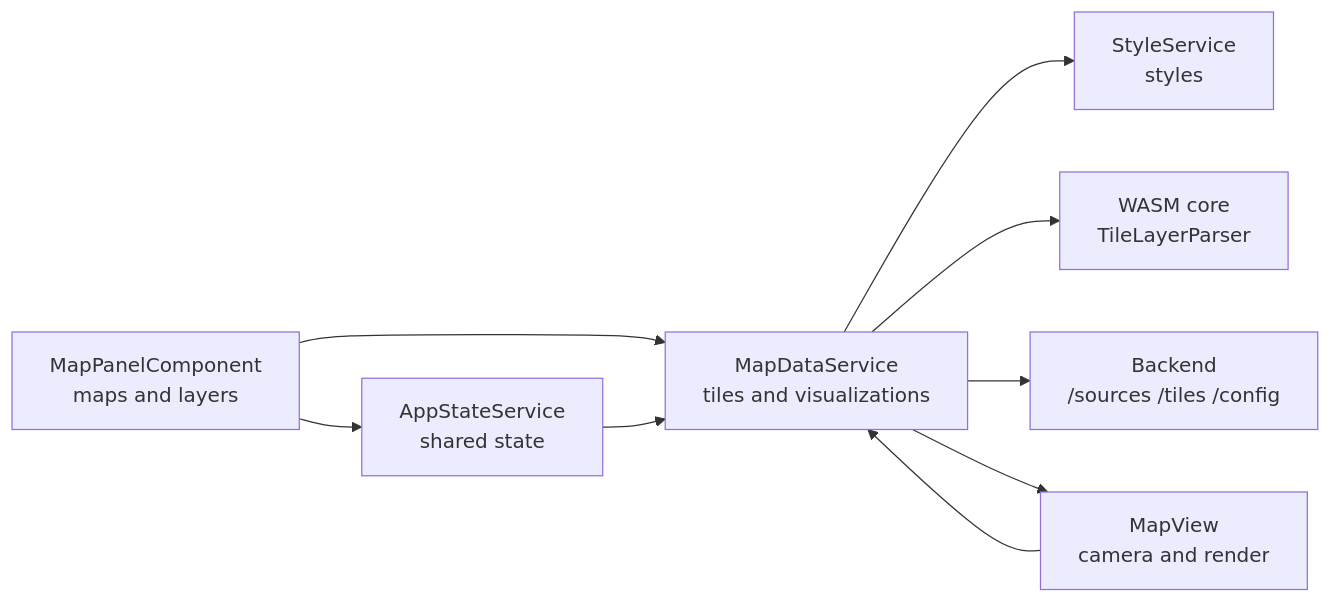
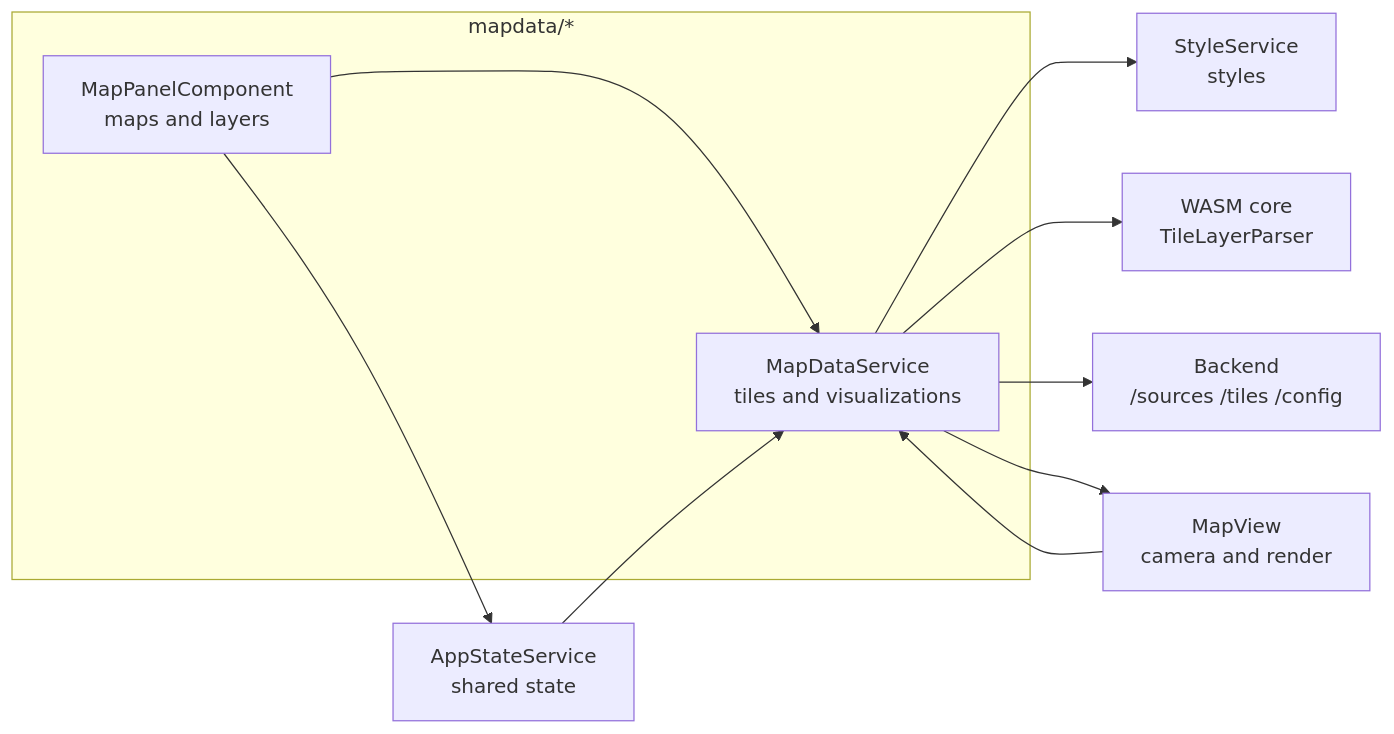
The second of 10 diagrams in docs/erdblick-dev-guide.md (ndsev/erdblick), drawn with Mermaid before and after one commit. The commit also changed other lines of this file, not shown here.

````diff
--- a/docs/erdblick-dev-guide.md
+++ b/docs/erdblick-dev-guide.md
@@ -218,21 +96,23 @@
 ```mermaid
 flowchart LR
-  MapPanel[MapPanelComponent<br>maps and layers]
-  MapSvc[MapDataService<br>tiles and visualizations]
+  subgraph mapdata_dir[mapdata/*]
+    MapPanel[MapPanelComponent<br>maps and layers]
+    MapSvc[MapDataService<br>tiles and visualizations]
+  end
   State[AppStateService<br>shared state]
   StyleSvc[StyleService<br>styles]
   Core[WASM core<br>TileLayerParser]
   Backend[Backend<br>/sources /tiles /config]
   View[MapView<br>camera and render]
 
   MapPanel --> MapSvc
   MapPanel --> State
 
   View --> MapSvc
   State --> MapSvc
 
   MapSvc --> StyleSvc
   MapSvc --> Core
   MapSvc --> Backend
   MapSvc --> View
 ```
````
